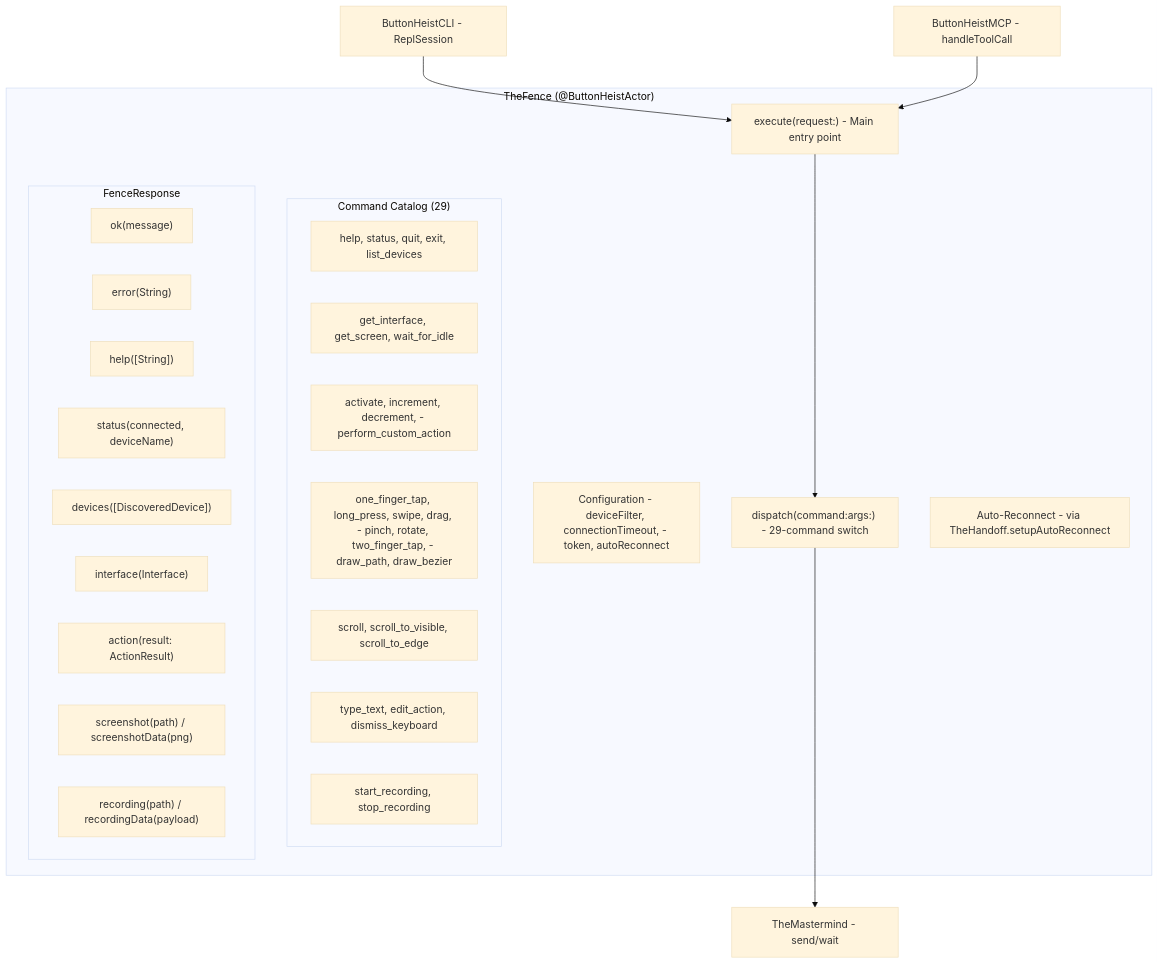
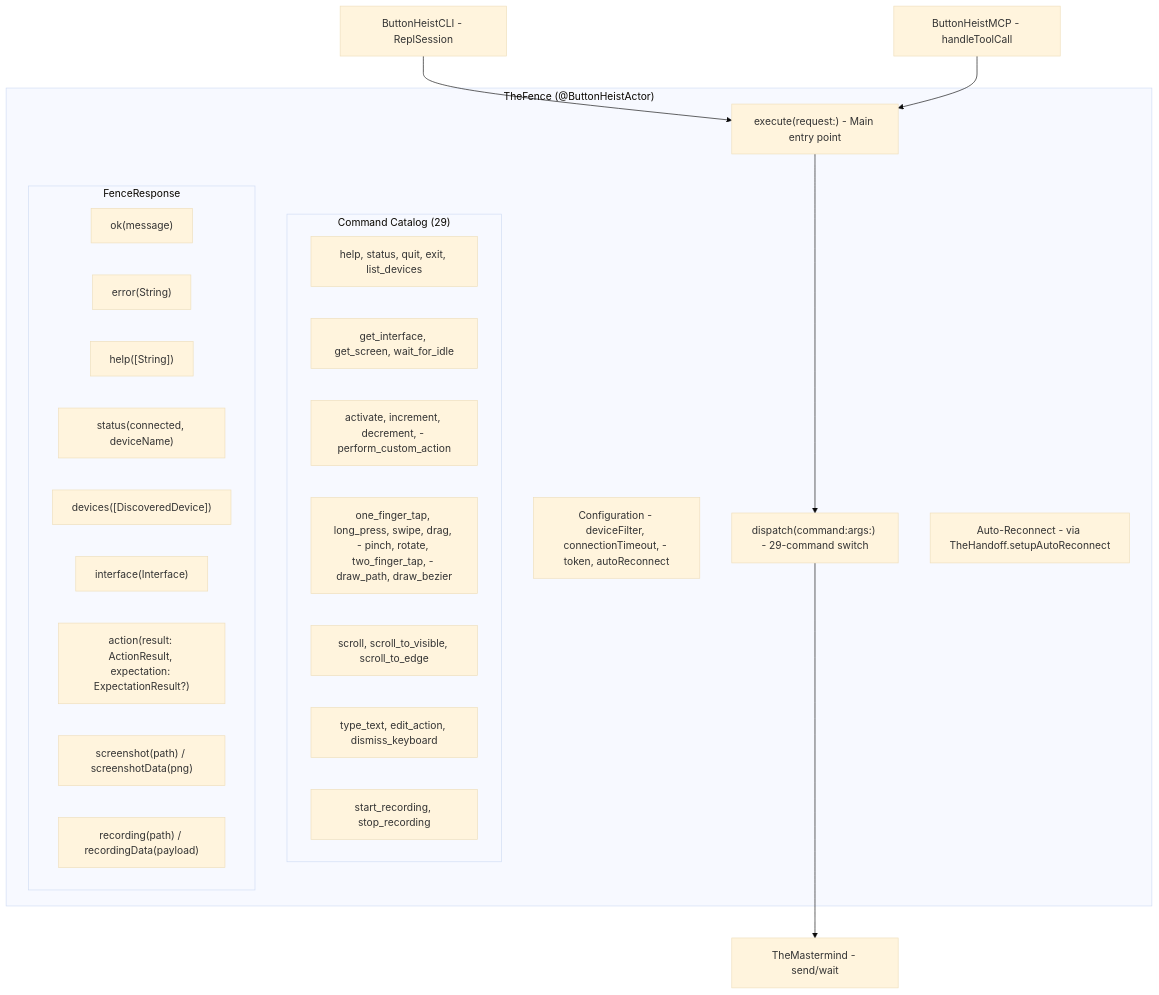
One commit to RoyalPineapple/TheButtonHeist changed the first of 3 diagrams in docs/dossiers/10-THEFENCE.md. Above: the diagram before and after it, drawn with Mermaid (base theme). The commit also changed other lines of this file and 17 other files, not shown here.

````diff
--- a/docs/dossiers/10-THEFENCE.md
+++ b/docs/dossiers/10-THEFENCE.md
@@ -21,36 +22,36 @@
 ```mermaid
 graph TD
     subgraph TheFence["TheFence (@ButtonHeistActor)"]
         Config["Configuration - deviceFilter, connectionTimeout, - token, autoReconnect"]
         Execute["execute(request:) - Main entry point"]
         Dispatch["dispatch(command:args:) - 29-command switch"]
         Reconnect["Auto-Reconnect - via TheHandoff.setupAutoReconnect"]
 
         subgraph Commands["Command Catalog (29)"]
             Conn["help, status, quit, exit, list_devices"]
             IF["get_interface, get_screen, wait_for_idle"]
             Access["activate, increment, decrement, - perform_custom_action"]
             Gesture["one_finger_tap, long_press, swipe, drag, - pinch, rotate, two_finger_tap, - draw_path, draw_bezier"]
             Scroll["scroll, scroll_to_visible, scroll_to_edge"]
             Text["type_text, edit_action, dismiss_keyboard"]
             Rec["start_recording, stop_recording"]
         end
 
         subgraph Response["FenceResponse"]
             Ok["ok(message)"]
             Err["error(String)"]
             Help["help([String])"]
             Status["status(connected, deviceName)"]
             DevList["devices([DiscoveredDevice])"]
             IFResp["interface(Interface)"]
-            Action["action(result: ActionResult)"]
+            Action["action(result: ActionResult, expectation: ExpectationResult?)"]
             Screenshot["screenshot(path) / screenshotData(png)"]
             Recording["recording(path) / recordingData(payload)"]
         end
     end
 
     CLI["ButtonHeistCLI - ReplSession"] --> Execute
     MCP["ButtonHeistMCP - handleToolCall"] --> Execute
     Execute --> Dispatch
     Dispatch --> Client["TheMastermind - send/wait"]
 ```
````
